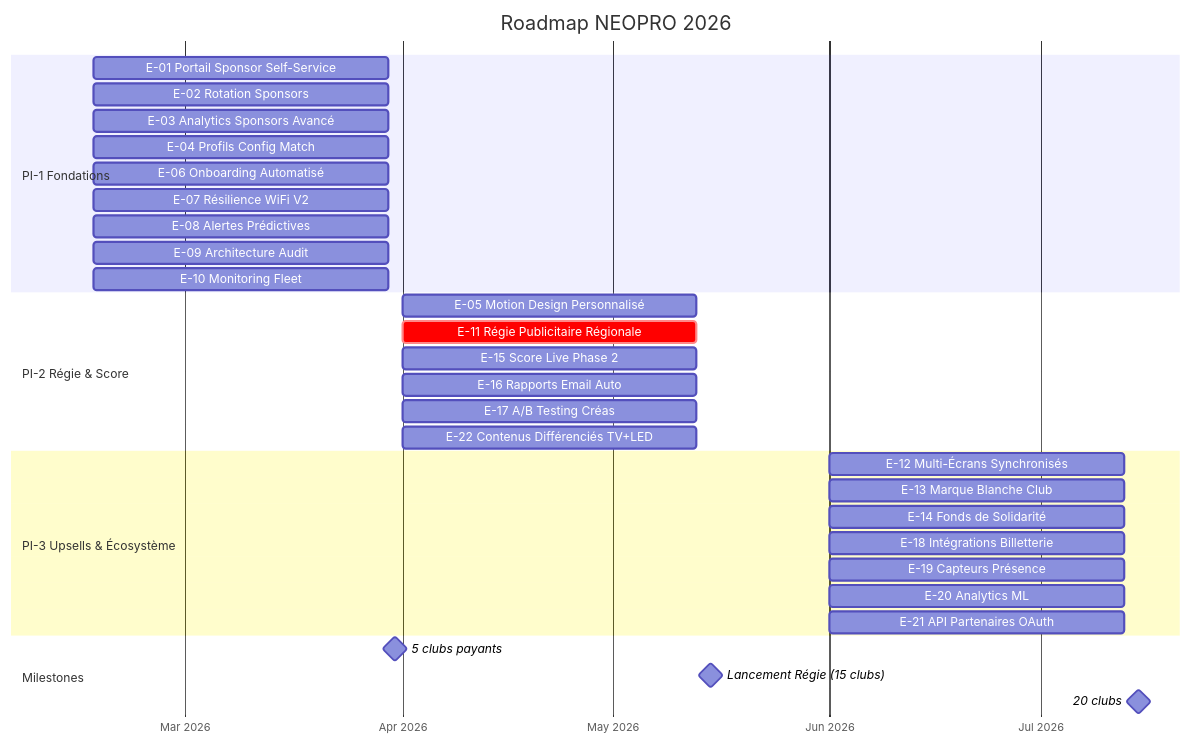
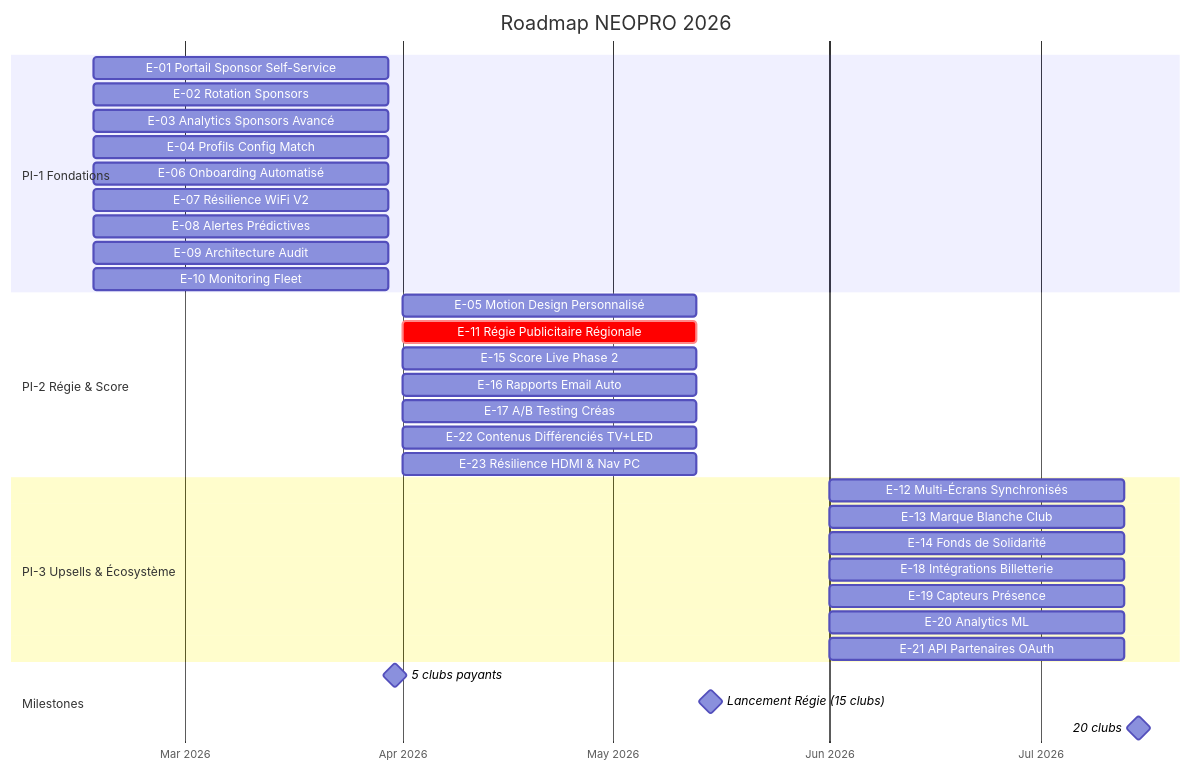
One commit to Tallec7/madxp changed the second of 4 diagrams in docs/safe/PORTFOLIO.md. Above: the diagram before and after it, drawn with Mermaid. The commit also changed other lines of this file and 60 other files, not shown here.

````diff
--- a/docs/safe/PORTFOLIO.md
+++ b/docs/safe/PORTFOLIO.md
@@ -55,39 +55,40 @@
 ```mermaid
 gantt
     title Roadmap NEOPRO 2026
     dateFormat YYYY-MM-DD
     axisFormat %b %Y
 
     section PI-1 Fondations
     E-01 Portail Sponsor Self-Service   :e01, 2026-02-16, 42d
     E-02 Rotation Sponsors              :e02, 2026-02-16, 42d
     E-03 Analytics Sponsors Avancé      :e03, 2026-02-16, 42d
     E-04 Profils Config Match           :e04, 2026-02-16, 42d
     E-06 Onboarding Automatisé          :e06, 2026-02-16, 42d
     E-07 Résilience WiFi V2             :e07, 2026-02-16, 42d
     E-08 Alertes Prédictives            :e08, 2026-02-16, 42d
     E-09 Architecture Audit             :e09, 2026-02-16, 42d
     E-10 Monitoring Fleet               :e10, 2026-02-16, 42d
 
     section PI-2 Régie & Score
     E-05 Motion Design Personnalisé     :e05, 2026-04-01, 42d
     E-11 Régie Publicitaire Régionale  :crit, e11, 2026-04-01, 42d
     E-15 Score Live Phase 2             :e15, 2026-04-01, 42d
     E-16 Rapports Email Auto            :e16, 2026-04-01, 42d
     E-17 A/B Testing Créas              :e17, 2026-04-01, 42d
     E-22 Contenus Différenciés TV+LED  :e22, 2026-04-01, 42d
+    E-23 Résilience HDMI & Nav PC      :e23, 2026-04-01, 42d
 
     section PI-3 Upsells & Écosystème
     E-12 Multi-Écrans Synchronisés      :e12, 2026-06-01, 42d
     E-13 Marque Blanche Club            :e13, 2026-06-01, 42d
     E-14 Fonds de Solidarité            :e14, 2026-06-01, 42d
     E-18 Intégrations Billetterie       :e18, 2026-06-01, 42d
     E-19 Capteurs Présence              :e19, 2026-06-01, 42d
     E-20 Analytics ML                   :e20, 2026-06-01, 42d
     E-21 API Partenaires OAuth          :e21, 2026-06-01, 42d
 
     section Milestones
     5 clubs payants                     :milestone, m1, 2026-03-31, 0d
     Lancement Régie (15 clubs)          :milestone, m2, 2026-05-15, 0d
     20 clubs                            :milestone, m3, 2026-07-15, 0d
 ```
````
